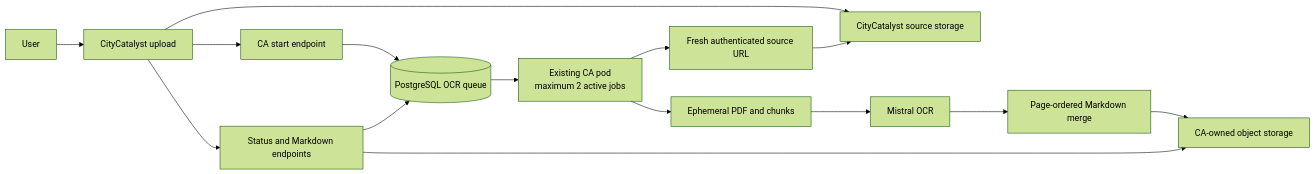
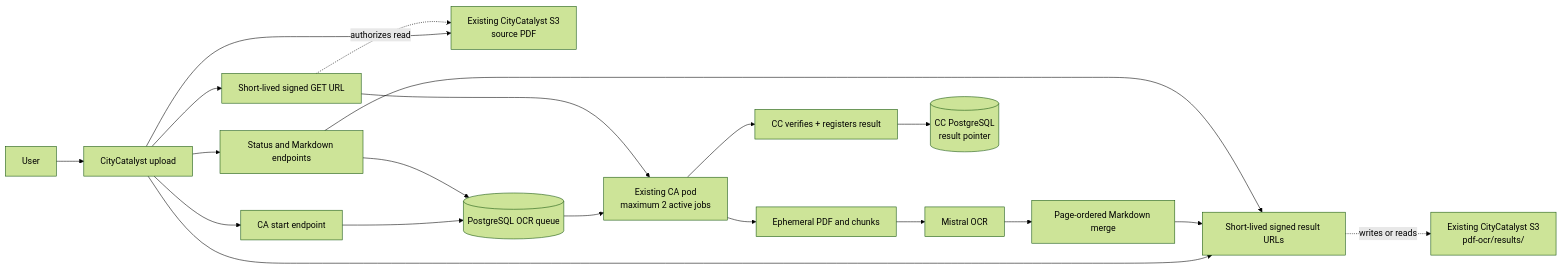
Before and after one commit to Open-Earth-Foundation/CityCatalyst: the diagram in climate-advisor/docs/pdf-ocr-markdown-architecture.md, drawn with Mermaid (forest theme). The commit also changed other lines of this file and 1 other file, not shown here.

Commit message:
Align PDF OCR and concept note architecture

````diff
--- a/climate-advisor/docs/pdf-ocr-markdown-architecture.md
+++ b/climate-advisor/docs/pdf-ocr-markdown-architecture.md
@@ -51,17 +62,22 @@
 ```mermaid
 flowchart LR
     User["User"] --> CC["CityCatalyst upload"]
-    CC --> Source["CityCatalyst source storage"]
+    CC --> Source["Existing CityCatalyst S3<br/>source PDF"]
     CC --> Start["CA start endpoint"]
     Start --> Queue[("PostgreSQL OCR queue")]
     Queue --> Worker["Existing CA pod\nmaximum 2 active jobs"]
-    Worker --> SourceURL["Fresh authenticated source URL"]
-    SourceURL --> Source
+    CC --> SourceURL["Short-lived signed GET URL"]
+    SourceURL --> Worker
+    SourceURL -. authorizes read .-> Source
     Worker --> Temp["Ephemeral PDF and chunks"]
     Temp --> Mistral["Mistral OCR"]
     Mistral --> Merge["Page-ordered Markdown merge"]
-    Merge --> Results["CA-owned object storage"]
+    CC --> ResultAccess["Short-lived signed result URLs"]
+    Merge --> ResultAccess
+    ResultAccess -. writes or reads .-> Results["Existing CityCatalyst S3<br/>pdf-ocr/results/"]
+    Worker --> Register["CC verifies + registers result"]
+    Register --> ResultRecord[("CC PostgreSQL<br/>result pointer")]
     CC --> Status["Status and Markdown endpoints"]
     Status --> Queue
-    Status --> Results
+    Status --> ResultAccess
 ```
````
